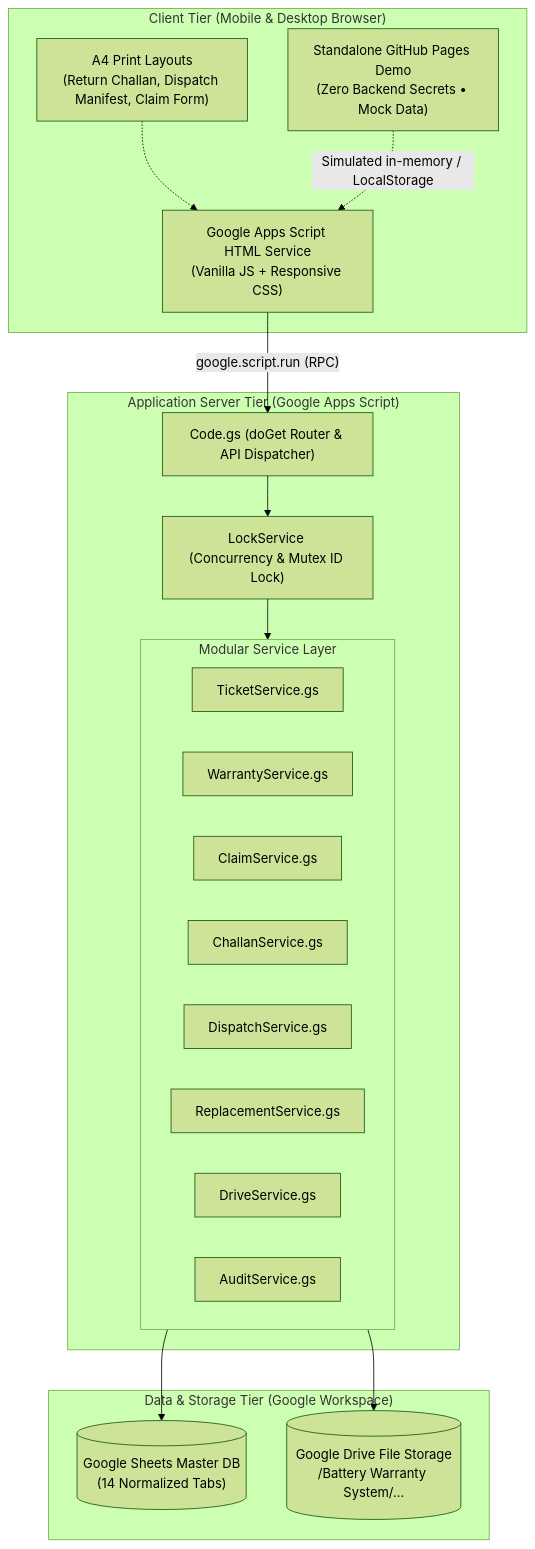
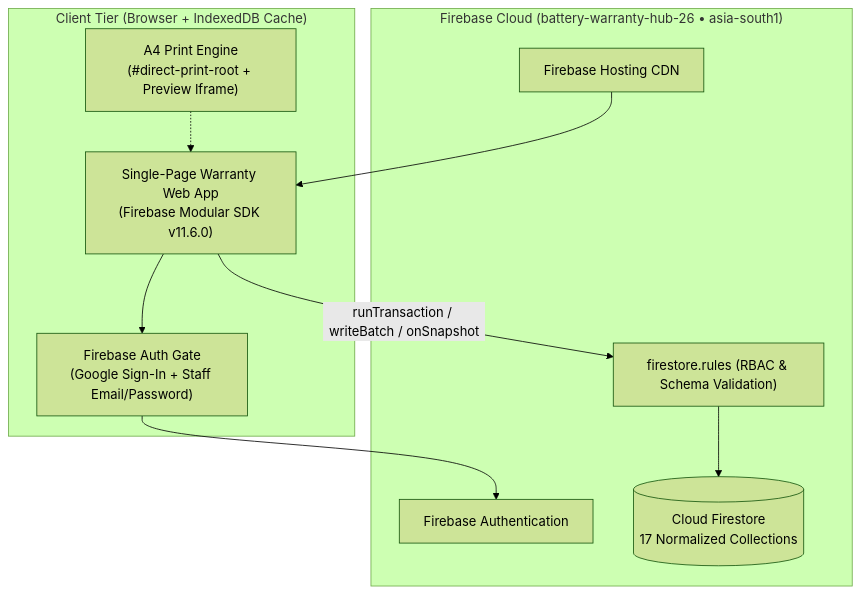
One commit to ayshagrwl/battery-warranty-manager changed the first of 2 diagrams in README.md. Above: the diagram before and after it, drawn with Mermaid (forest theme). The commit also changed other lines of this file and 10 other files, not shown here.

Commit message:
feat: migrate backend to 100% Firebase Auth + Cloud Firestore (zero Google Sheets)

````diff
--- a/README.md
+++ b/README.md
@@ -46,37 +47,22 @@
 ```mermaid
 flowchart TD
-    subgraph Client["Client Tier (Mobile & Desktop Browser)"]
-        UI["Google Apps Script HTML Service\n(Vanilla JS + Responsive CSS)"]
-        Print["A4 Print Layouts\n(Return Challan, Dispatch Manifest, Claim Form)"]
-        Demo["Standalone GitHub Pages Demo\n(Zero Backend Secrets • Mock Data)"]
+    subgraph Client["Client Tier (Browser + IndexedDB Cache)"]
+        UI["Single-Page Warranty Web App\n(Firebase Modular SDK v11.6.0)"]
+        Print["A4 Print Engine\n(#direct-print-root + Preview Iframe)"]
+        Auth["Firebase Auth Gate\n(Google Sign-In + Staff Email/Password)"]
     end
 
-    subgraph Server["Application Server Tier (Google Apps Script)"]
-        Router["Code.gs (doGet Router & API Dispatcher)"]
-        Lock["LockService (Concurrency & Mutex ID Lock)"]
-        
-        subgraph Services["Modular Service Layer"]
-            TicketSvc["TicketService.gs"]
-            WarrantySvc["WarrantyService.gs"]
-            ClaimSvc["ClaimService.gs"]
-            ChallanSvc["ChallanService.gs"]
-            DispatchSvc["DispatchService.gs"]
-            ReplSvc["ReplacementService.gs"]
-            DriveSvc["DriveService.gs"]
-            AuditSvc["AuditService.gs"]
-        end
+    subgraph Firebase["Firebase Cloud (battery-warranty-hub-26 • asia-south1)"]
+        FAuth["Firebase Authentication"]
+        Rules["firestore.rules (RBAC & Schema Validation)"]
+        DB[("Cloud Firestore\n17 Normalized Collections")]
+        Host["Firebase Hosting CDN"]
     end
 
-    subgraph Storage["Data & Storage Tier (Google Workspace)"]
-        DB[("Google Sheets Master DB\n(14 Normalized Tabs)")]
-        Drive[("Google Drive File Storage\n/Battery Warranty System/...")]
-    end
-
-    UI -->|"google.script.run (RPC)"| Router
-    Router --> Lock
-    Lock --> Services
-    Services --> DB
-    Services --> Drive
+    Host --> UI
+    UI --> Auth
+    Auth --> FAuth
+    UI -->|"runTransaction / writeBatch / onSnapshot"| Rules
+    Rules --> DB
     Print -.-> UI
-    Demo -.->|"Simulated in-memory / LocalStorage"| UI
 ```
````
